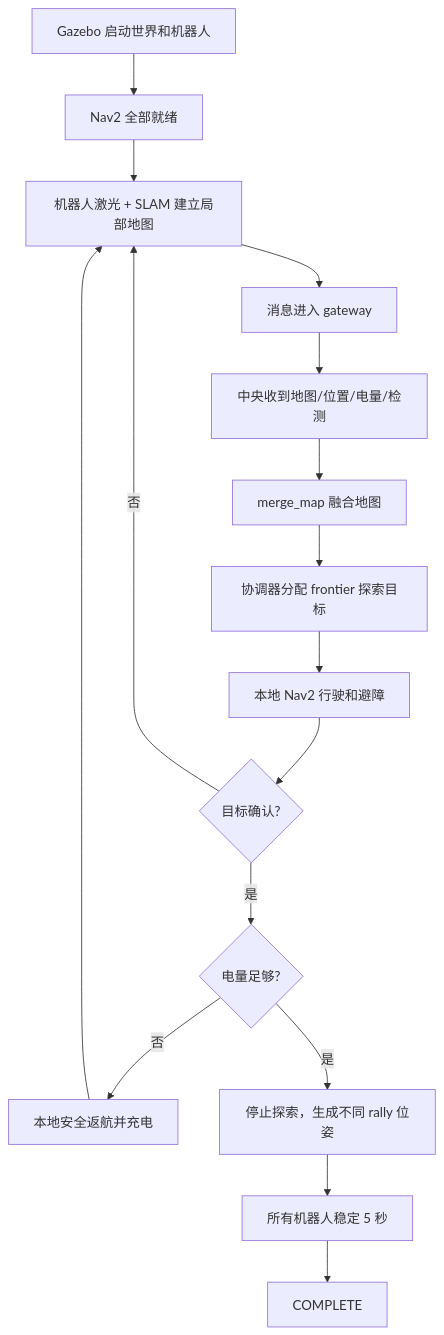
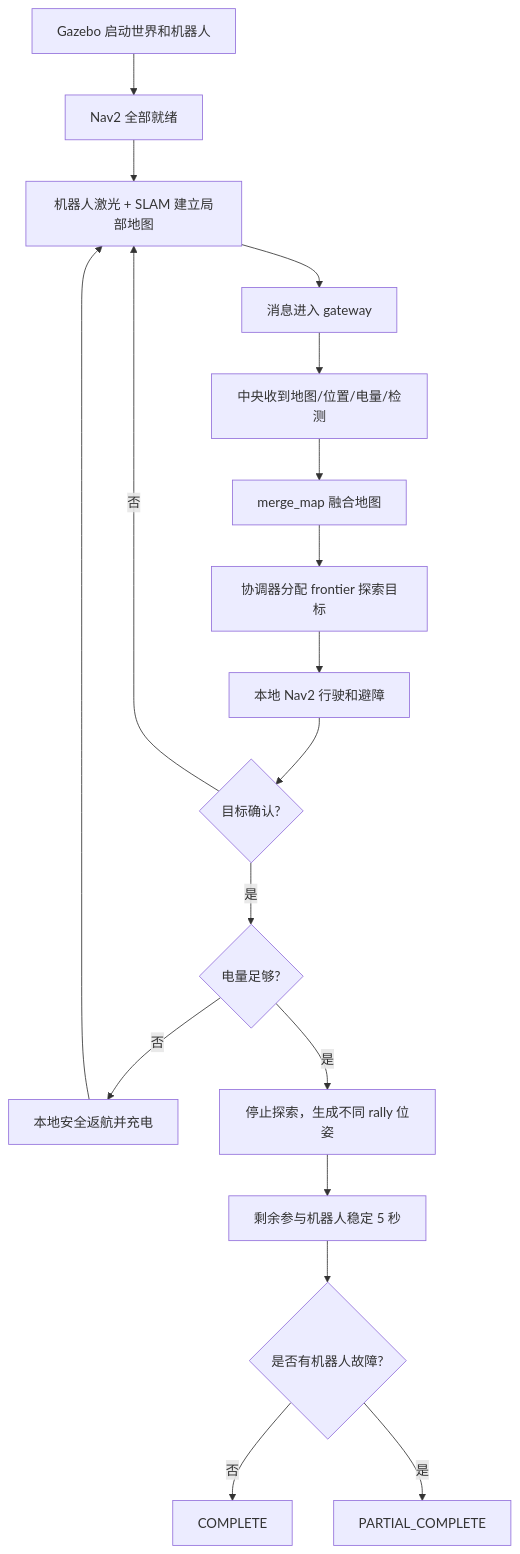
The diagram in ns-allinone-3.40/ns-3.40/contrib/opengym/examples/wireless-rl/report/20260928_project_overview_p0_p3b.md (Breeze-by/my_ns3-gym), drawn with Mermaid before and after one commit. The commit also changed other lines of this file and 9 other files, not shown here.

````diff
--- a/ns-allinone-3.40/ns-3.40/contrib/opengym/examples/wireless-rl/report/20260928_project_overview_p0_p3b.md
+++ b/ns-allinone-3.40/ns-3.40/contrib/opengym/examples/wireless-rl/report/20260928_project_overview_p0_p3b.md
@@ -124,18 +124,20 @@
 ```mermaid
 flowchart TD
     A[Gazebo 启动世界和机器人] --> B[Nav2 全部就绪]
     B --> C[机器人激光 + SLAM 建立局部地图]
     C --> D[消息进入 gateway]
     D --> E[中央收到地图/位置/电量/检测]
     E --> F[merge_map 融合地图]
     F --> G[协调器分配 frontier 探索目标]
     G --> H[本地 Nav2 行驶和避障]
     H --> I{目标确认?}
     I -- 否 --> C
     I -- 是 --> J{电量足够?}
     J -- 否 --> K[本地安全返航并充电]
     K --> C
     J -- 是 --> L[停止探索，生成不同 rally 位姿]
-    L --> M[所有机器人稳定 5 秒]
-    M --> N[COMPLETE]
+    L --> M[剩余参与机器人稳定 5 秒]
+    M --> N{是否有机器人故障?}
+    N -- 否 --> O[COMPLETE]
+    N -- 是 --> P[PARTIAL_COMPLETE]
 ```
````
